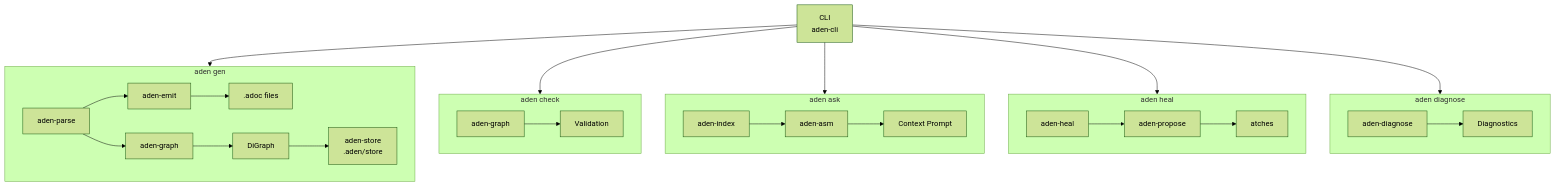
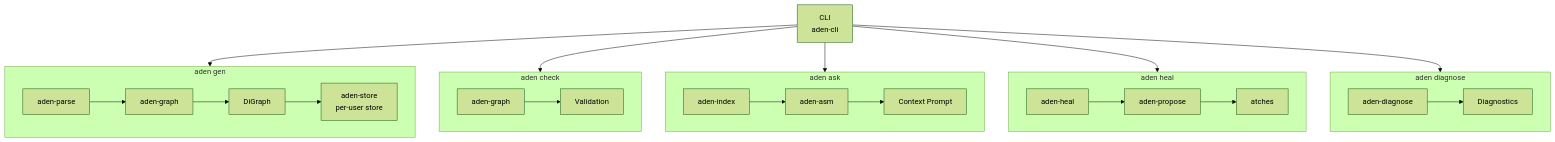
Before and after one commit to RioPlay/aden: the fourth of 4 diagrams in docs/architecture.adoc, drawn with Mermaid (forest theme). The commit also changed other lines of this file and 9 other files, not shown here.

```diff
--- a/docs/architecture.adoc
+++ b/docs/architecture.adoc
@@ -306,33 +306,32 @@
 [mermaid, data-flow, svg]
 ----
 flowchart TD
     CLI[CLI<br/>aden-cli]
 
     subgraph gen[aden gen]
-        P1[aden-parse] --> E[aden-emit] --> F[.adoc files]
-        P1 --> G[aden-graph] --> DG[DiGraph]
-        DG --> ST[aden-store<br/>.aden/store]
+        P1[aden-parse] --> G[aden-graph] --> DG[DiGraph]
+        DG --> ST[aden-store<br/>per-user store]
     end
 
     subgraph check[aden check]
         G2[aden-graph] --> V[Validation]
     end
 
     subgraph ask[aden ask]
         I[aden-index] --> A[aden-asm] --> CP[Context Prompt]
     end
 
     subgraph heal[aden heal]
         H[aden-heal] --> PR[aden-propose] --> P[atches]
     end
 
     subgraph diagnose[aden diagnose]
         DI[aden-diagnose] --> DR[Diagnostics]
     end
 
     CLI --> gen
     CLI --> check
     CLI --> ask
     CLI --> heal
     CLI --> diagnose
 ----
```
